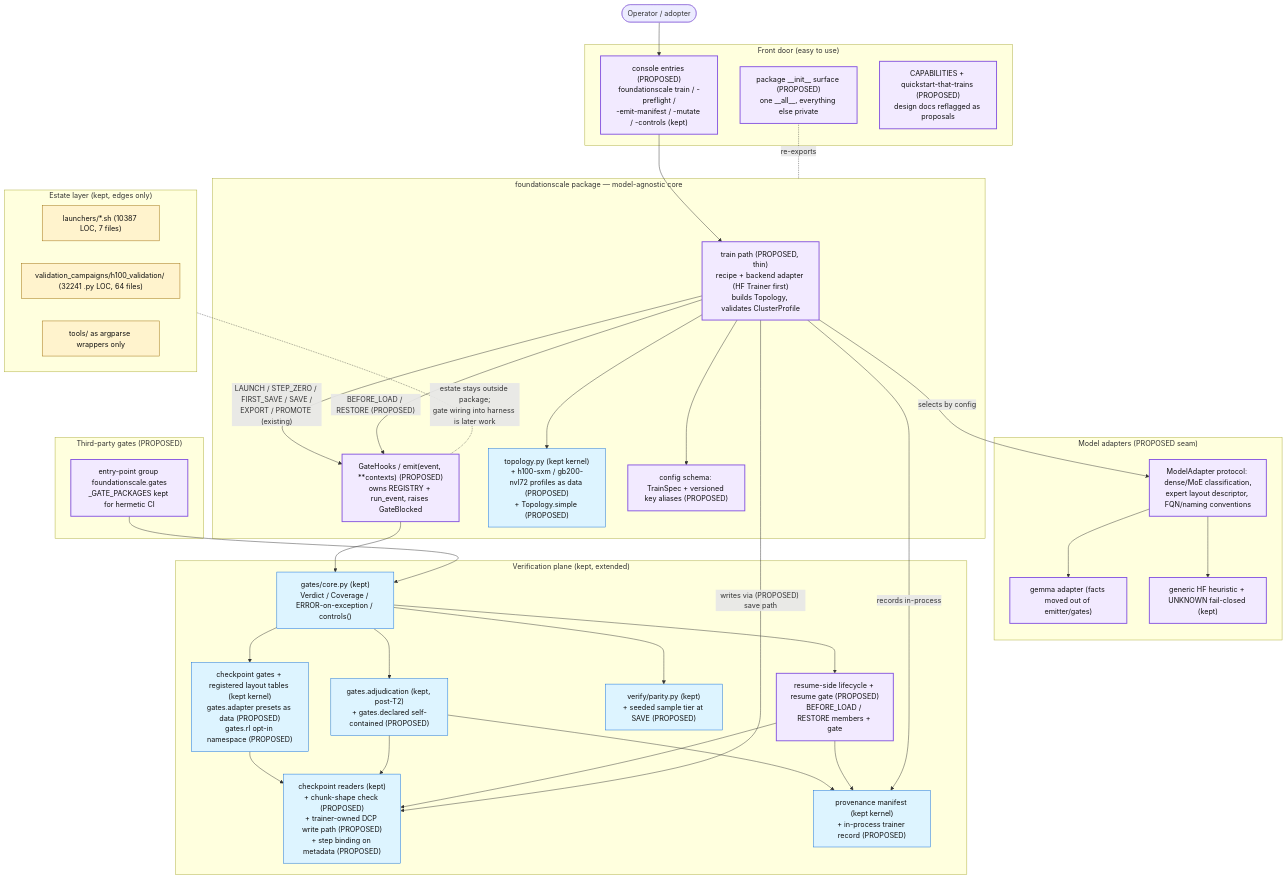
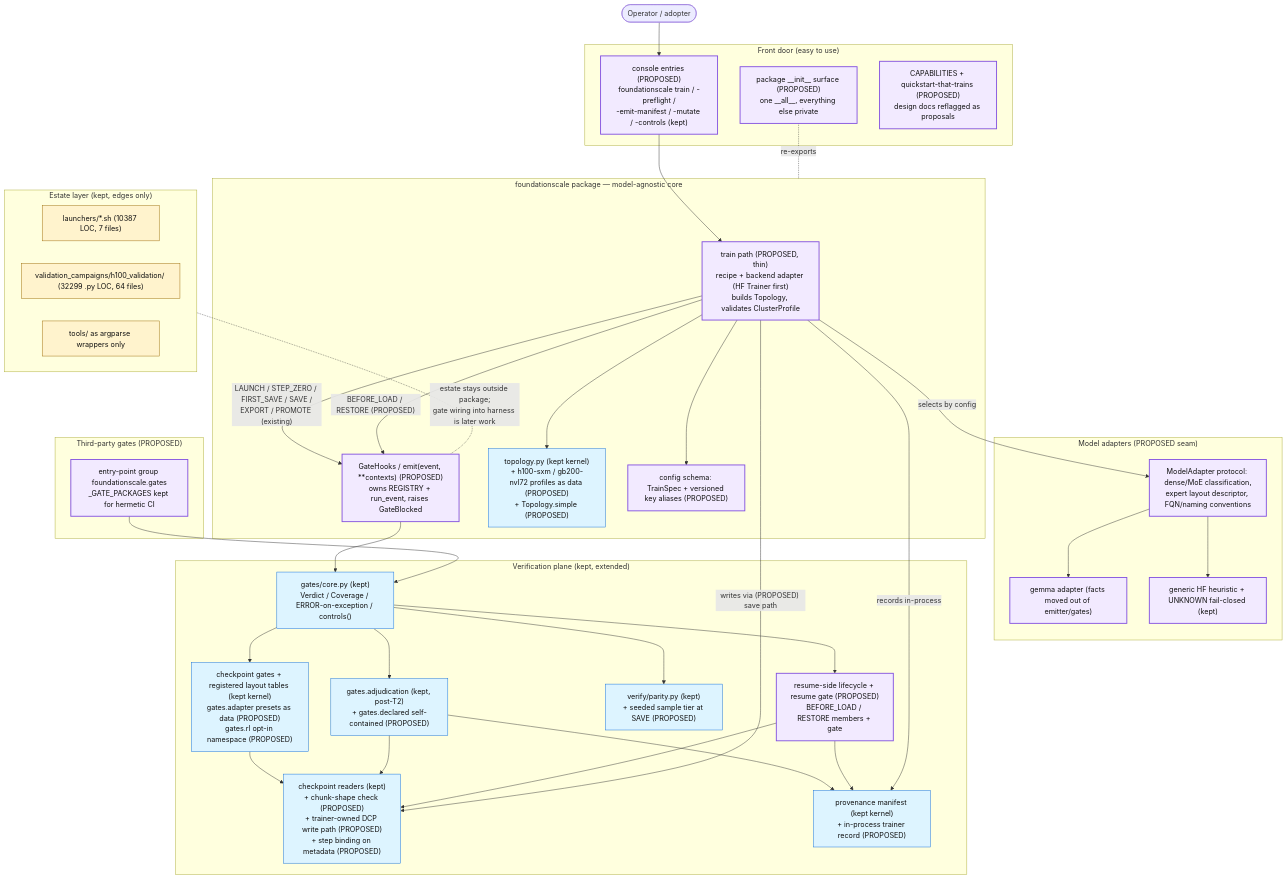
The diagram in docs/review/D5_proposed_architecture.md (TranNhiem/FoundationScale), drawn with Mermaid before and after one commit. The commit also changed other lines of this file and 9 other files, not shown here.

````diff
--- a/docs/review/D5_proposed_architecture.md
+++ b/docs/review/D5_proposed_architecture.md
@@ -13,74 +13,74 @@
 ```mermaid
 flowchart TB
   U(["Operator / adopter"])
 
   subgraph FRONT["Front door (easy to use)"]
     CLI["console entries (PROPOSED)<br/>foundationscale train / -preflight /<br/>-emit-manifest / -mutate / -controls (kept)"]
     SURF["package __init__ surface (PROPOSED)<br/>one __all__, everything else private"]
     DOCS["CAPABILITIES + quickstart-that-trains (PROPOSED)<br/>design docs reflagged as proposals"]
   end
 
   subgraph CORE["foundationscale package — model-agnostic core"]
     TRAIN["train path (PROPOSED, thin)<br/>recipe + backend adapter (HF Trainer first)<br/>builds Topology, validates ClusterProfile"]
     HOOKS["GateHooks / emit(event, **contexts) (PROPOSED)<br/>owns REGISTRY + run_event, raises GateBlocked"]
     TOPO["topology.py (kept kernel)<br/>+ h100-sxm / gb200-nvl72 profiles as data (PROPOSED)<br/>+ Topology.simple (PROPOSED)"]
     CONFIG["config schema: TrainSpec + versioned key aliases (PROPOSED)"]
   end
 
   subgraph ADAPT["Model adapters (PROPOSED seam)"]
     MA["ModelAdapter protocol: dense/MoE classification,<br/>expert layout descriptor, FQN/naming conventions"]
     GEM["gemma adapter (facts moved out of emitter/gates)"]
     HF["generic HF heuristic + UNKNOWN fail-closed (kept)"]
   end
 
   subgraph VERIFY["Verification plane (kept, extended)"]
     GCORE["gates/core.py (kept)<br/>Verdict / Coverage / ERROR-on-exception / controls()"]
     GCK["checkpoint gates + registered layout tables (kept kernel)<br/>gates.adapter presets as data (PROPOSED)<br/>gates.rl opt-in namespace (PROPOSED)"]
     ADJ["gates.adjudication (kept, post-T2)<br/>+ gates.declared self-contained (PROPOSED)"]
     PAR["verify/parity.py (kept)<br/>+ seeded sample tier at SAVE (PROPOSED)"]
     CKIO["checkpoint readers (kept)<br/>+ chunk-shape check (PROPOSED)<br/>+ trainer-owned DCP write path (PROPOSED)<br/>+ step binding on metadata (PROPOSED)"]
     PROV["provenance manifest (kept kernel)<br/>+ in-process trainer record (PROPOSED)"]
     RES["resume-side lifecycle + resume gate (PROPOSED)<br/>BEFORE_LOAD / RESTORE members + gate"]
   end
 
   subgraph PLUG["Third-party gates (PROPOSED)"]
     EP["entry-point group foundationscale.gates<br/>_GATE_PACKAGES kept for hermetic CI"]
   end
 
   subgraph ESTATE["Estate layer (kept, edges only)"]
     LAU["launchers/*.sh (10387 LOC, 7 files)"]
-    H100["validation_campaigns/h100_validation/ (32241 .py LOC, 64 files)"]
+    H100["validation_campaigns/h100_validation/ (32299 .py LOC, 64 files)"]
     WRAP["tools/ as argparse wrappers only"]
   end
 
   U --> CLI --> TRAIN
   SURF -. re-exports .- CORE
   TRAIN --> TOPO
   TRAIN --> CONFIG
   TRAIN -- "selects by config" --> MA
   MA --> GEM
   MA --> HF
   TRAIN -- "LAUNCH / STEP_ZERO / FIRST_SAVE / SAVE /<br/>EXPORT / PROMOTE (existing)" --> HOOKS
   TRAIN -- "BEFORE_LOAD / RESTORE (PROPOSED)" --> HOOKS
   HOOKS --> GCORE
   EP --> GCORE
   GCORE --> GCK
   GCORE --> ADJ
   GCORE --> PAR
   GCORE --> RES
   GCK --> CKIO
   ADJ --> CKIO
   ADJ --> PROV
   RES --> CKIO
   RES --> PROV
   TRAIN -- "writes via (PROPOSED) save path" --> CKIO
   TRAIN -- "records in-process" --> PROV
   ESTATE -. "estate stays outside package;<br/>gate wiring into harness is later work" .- HOOKS
 
   classDef new fill:#f2eaff,stroke:#8250df,stroke-width:2px,color:#111;
   classDef kept fill:#ddf4ff,stroke:#0969da,color:#111;
   classDef estate fill:#fff3cd,stroke:#9a6700,color:#111;
   class TRAIN,HOOKS,CLI,SURF,DOCS,MA,GEM,HF,RES,EP,CONFIG new;
   class GCORE,GCK,ADJ,PAR,CKIO,PROV,TOPO kept;
   class LAU,H100,WRAP estate;
 ```
````
